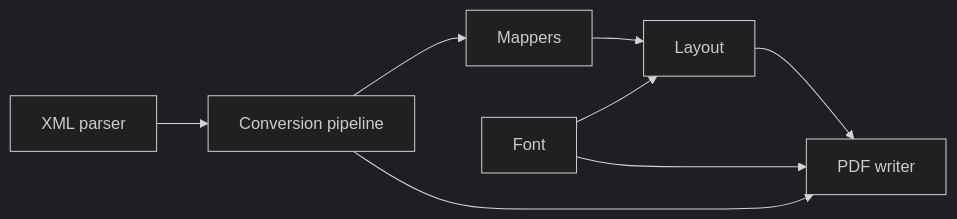
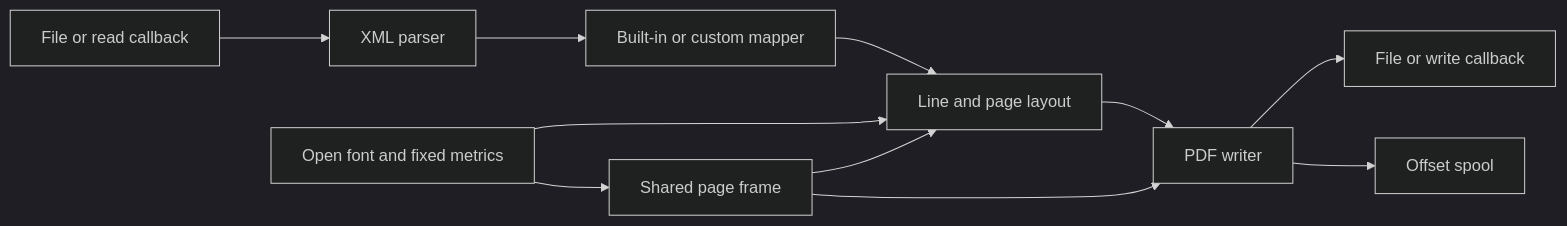
Before and after one commit to artemklen/ki_xml_pdf: the diagram in droid-wiki/systems/index.md, drawn with Mermaid (dark theme). The commit also changed other lines of this file and 43 other files, not shown here.

````diff
--- a/droid-wiki/systems/index.md
+++ b/droid-wiki/systems/index.md
@@ -13,10 +17,13 @@
 ```mermaid
-graph LR
-    P[XML parser] --> C[Conversion pipeline]
-    C --> M[Mappers]
-    M --> L[Layout]
-    F[Font] --> L
-    L --> W[PDF writer]
-    F --> W
-    C --> W
+flowchart LR
+    Input[File or read callback] --> Parser[XML parser]
+    Parser --> Mapper[Built-in or custom mapper]
+    Mapper --> Layout[Line and page layout]
+    Font[Open font and fixed metrics] --> Layout
+    Font --> Geometry[Shared page frame]
+    Geometry --> Layout
+    Geometry --> Writer[PDF writer]
+    Layout --> Writer
+    Writer --> Output[File or write callback]
+    Writer --> Spool[Offset spool]
 ```
````
